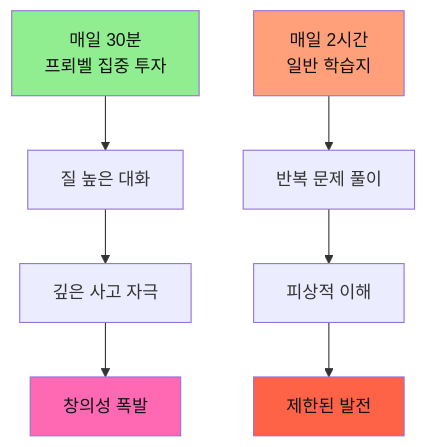
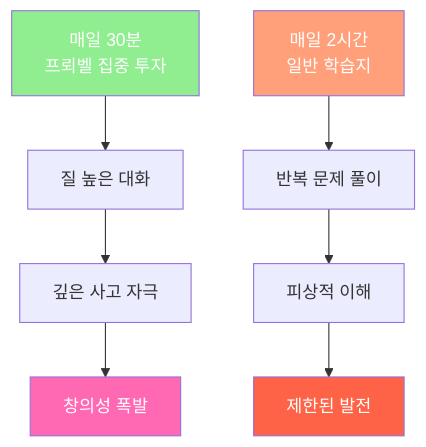
One commit to Collegenie-X/froebel changed the sixth of 34 diagrams in 3단계_프뢰벨_FAQ_핵심가치.md. Above: the diagram before and after it, drawn with Mermaid. The commit also changed other lines of this file and 4 other files, not shown here.

````diff
--- a/3단계_프뢰벨_FAQ_핵심가치.md
+++ b/3단계_프뢰벨_FAQ_핵심가치.md
@@ -305,15 +305,15 @@
 ```mermaid
 graph TD
     A[매일 30분<br/>프뢰벨 집중 투자] --> B[질 높은 대화]
     B --> C[깊은 사고 자극]
     C --> D[창의성 폭발]
     
     E[매일 2시간<br/>일반 학습지] --> F[반복 문제 풀이]
     F --> G[피상적 이해]
     G --> H[제한된 발전]
     
-    style A fill:#90EE90,color:#111
-    style D fill:#FF69B4,color:#111
-    style E fill:#FFA07A,color:#111
-    style H fill:#FF6347,color:#111
+    style A fill:#90EE90,color:#fff
+    style D fill:#FF69B4,color:#fff
+    style E fill:#FFA07A,color:#fff
+    style H fill:#FF6347,color:#fff
 ```
````
